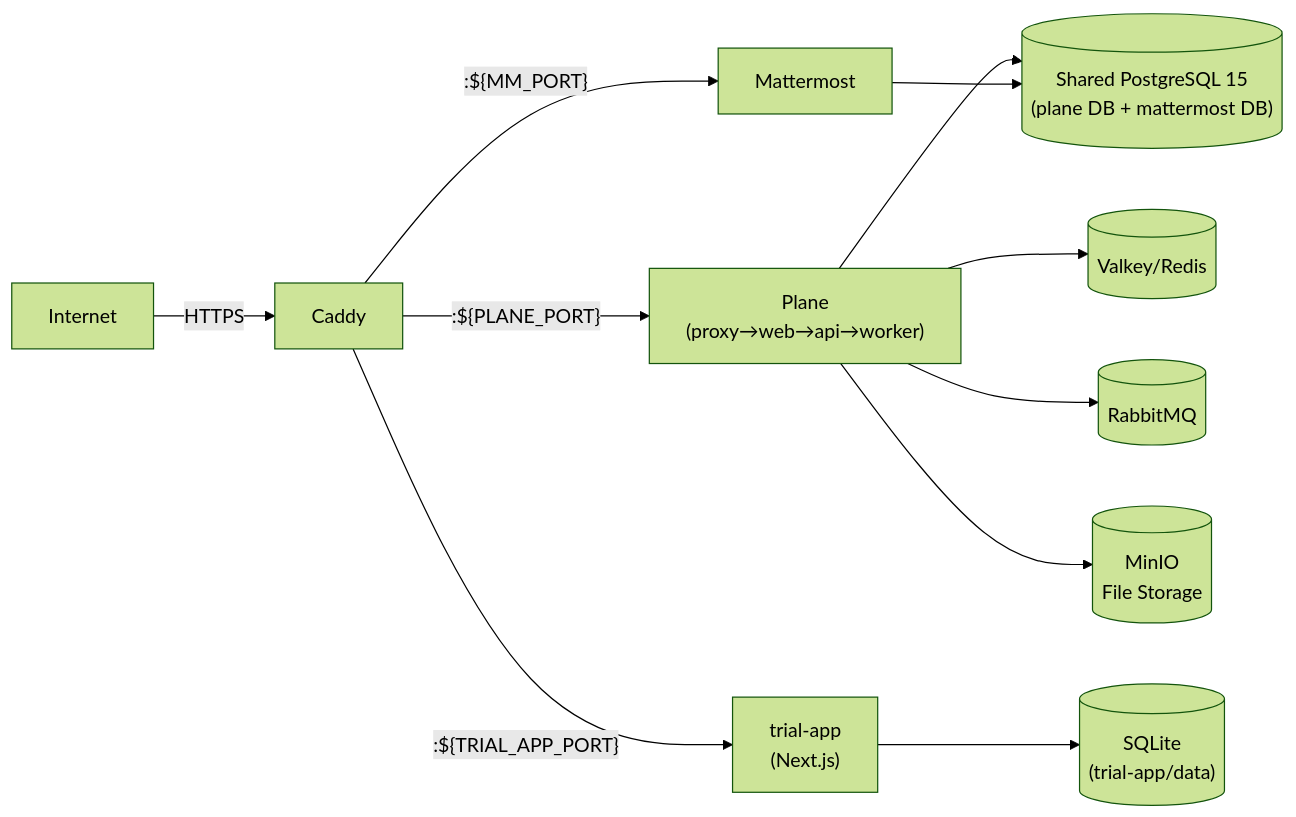
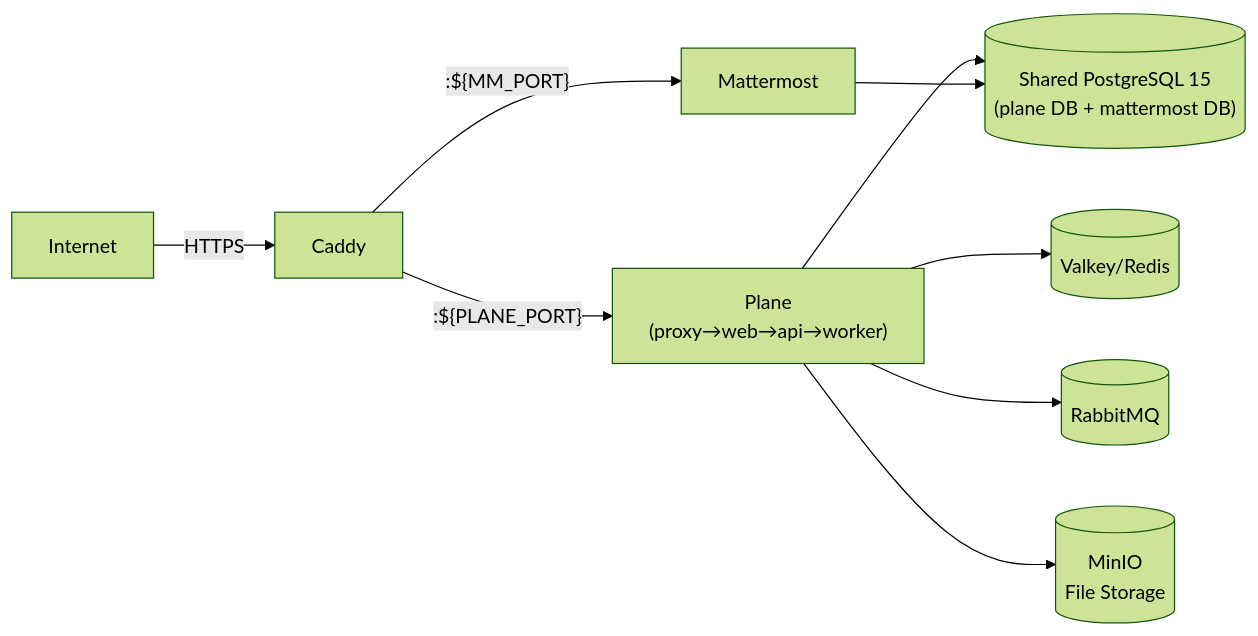
The diagram in servers/README.md (claude-genasis/genasis), drawn with Mermaid (forest theme) before and after one commit. The commit also changed other lines of this file and 77 other files, not shown here.

First line of the commit message:
refactor(trial-app): extract to agents-pool + operator-host (#10)

````diff
--- a/servers/README.md
+++ b/servers/README.md
@@ -101,13 +101,11 @@
 ```mermaid
 flowchart LR
     Internet -->|HTTPS| Caddy
     Caddy -->|":${PLANE_PORT}"| Plane["Plane<br/>(proxy→web→api→worker)"]
     Caddy -->|":${MM_PORT}"| MM["Mattermost"]
-    Caddy -->|":${TRIAL_APP_PORT}"| Trial["trial-app<br/>(Next.js)"]
     Plane --> SharedPG[("Shared PostgreSQL 15<br/>(plane DB + mattermost DB)")]
     MM --> SharedPG
     Plane --> Redis[("Valkey/Redis")]
     Plane --> RabbitMQ[("RabbitMQ")]
     Plane --> MinIO[("MinIO<br/>File Storage")]
-    Trial --> SQLite[("SQLite<br/>(trial-app/data)")]
 ```
````
